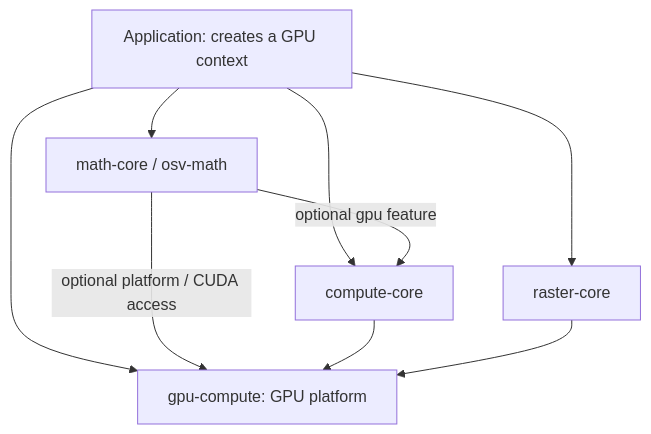
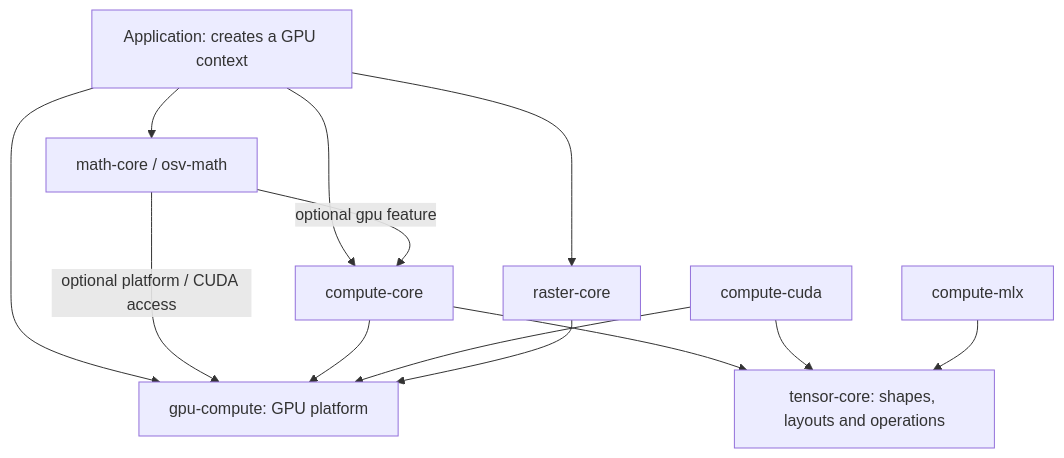
Before and after one commit to themoretheless/open-scad-viewer: the diagram in docs/design/gpu-library-architecture.md, drawn with Mermaid. The commit also changed other lines of this file and 1553 other files, not shown here.

First line of the commit message:
wip(compute-core): tensor benchmarks, shaders, examples and qualification docs

````diff
--- a/docs/design/gpu-library-architecture.md
+++ b/docs/design/gpu-library-architecture.md
@@ -16,16 +17,23 @@
 ```mermaid
 flowchart TD
     App[Application: creates a GPU context]
     Math[math-core / osv-math]
     Compute[compute-core]
     Raster[raster-core]
     GPU[gpu-compute: GPU platform]
+    Tensor[tensor-core: shapes, layouts and operations]
+    CUDA[compute-cuda]
+    MLX[compute-mlx]
     App --> Math
     App --> Compute
     App --> Raster
     App --> GPU
     Math -->|optional gpu feature| Compute
     Math -->|optional platform / CUDA access| GPU
     Compute --> GPU
+    Compute --> Tensor
+    CUDA --> GPU
+    CUDA --> Tensor
+    MLX --> Tensor
     Raster --> GPU
 ```
````
